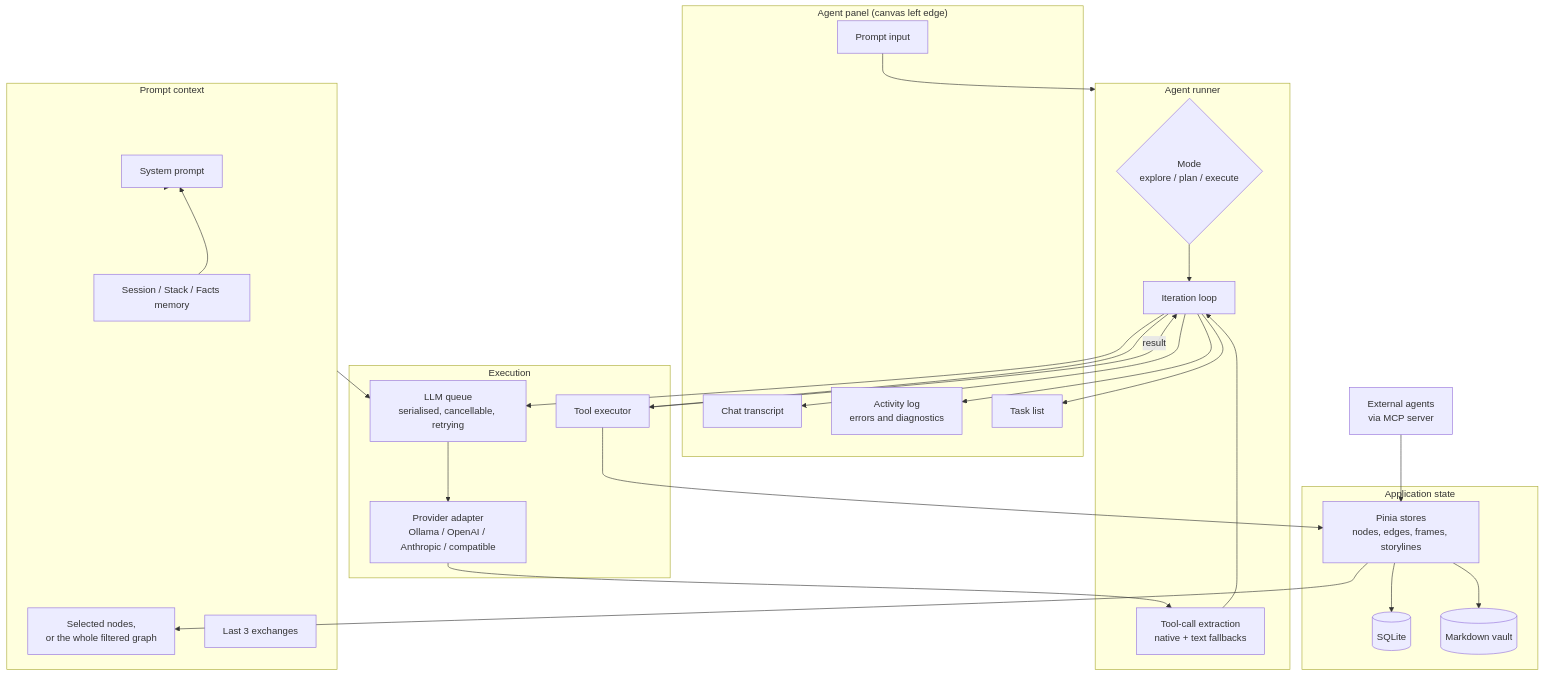
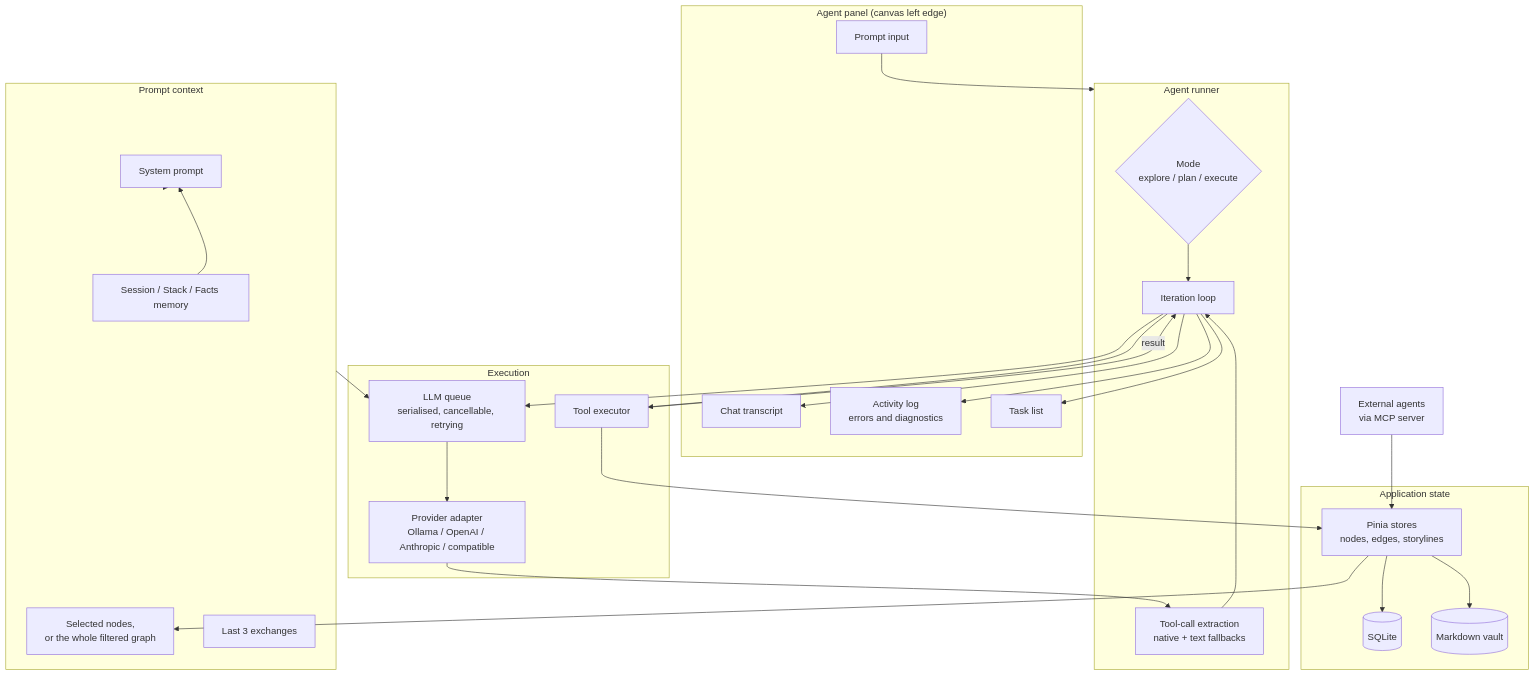
The first of 3 diagrams in docs/content/AGENT_ARCHITECTURE.md (sorenwacker/nodus), drawn with Mermaid before and after one commit. The commit also changed 4 other files, not shown here.

````diff
--- a/docs/content/AGENT_ARCHITECTURE.md
+++ b/docs/content/AGENT_ARCHITECTURE.md
@@ -8,55 +8,55 @@
 ```mermaid
 flowchart TB
     subgraph UI["Agent panel (canvas left edge)"]
         Prompt[Prompt input]
         Transcript[Chat transcript]
         Log[Activity log<br/>errors and diagnostics]
         Tasks[Task list]
     end
 
     subgraph Runner["Agent runner"]
         Mode{Mode<br/>explore / plan / execute}
         Loop[Iteration loop]
         Parse[Tool-call extraction<br/>native + text fallbacks]
     end
 
     subgraph Context["Prompt context"]
         Sys[System prompt]
         Mem[Session / Stack / Facts memory]
         Nodes[Selected nodes,<br/>or the whole filtered graph]
         Hist[Last 3 exchanges]
     end
 
     subgraph Exec["Execution"]
         Queue[LLM queue<br/>serialised, cancellable, retrying]
         Provider[Provider adapter<br/>Ollama / OpenAI / Anthropic / compatible]
         Tools[Tool executor]
     end
 
     subgraph State["Application state"]
-        Stores[Pinia stores<br/>nodes, edges, frames, storylines]
+        Stores[Pinia stores<br/>nodes, edges, storylines]
         DB[(SQLite)]
         Files[(Markdown vault)]
     end
 
     Prompt --> Runner
     Mode --> Loop
     Context --> Queue
     Loop --> Queue
     Queue --> Provider
     Provider --> Parse
     Parse --> Loop
     Loop --> Tools
     Tools --> Stores
     Stores --> DB
     Stores --> Files
     Tools -->|result| Loop
     Loop --> Transcript
     Loop --> Log
     Loop --> Tasks
     Mem --> Sys
     Sys --> Context
     Stores --> Nodes
 
     MCP[External agents<br/>via MCP server] --> Stores
 ```
````
